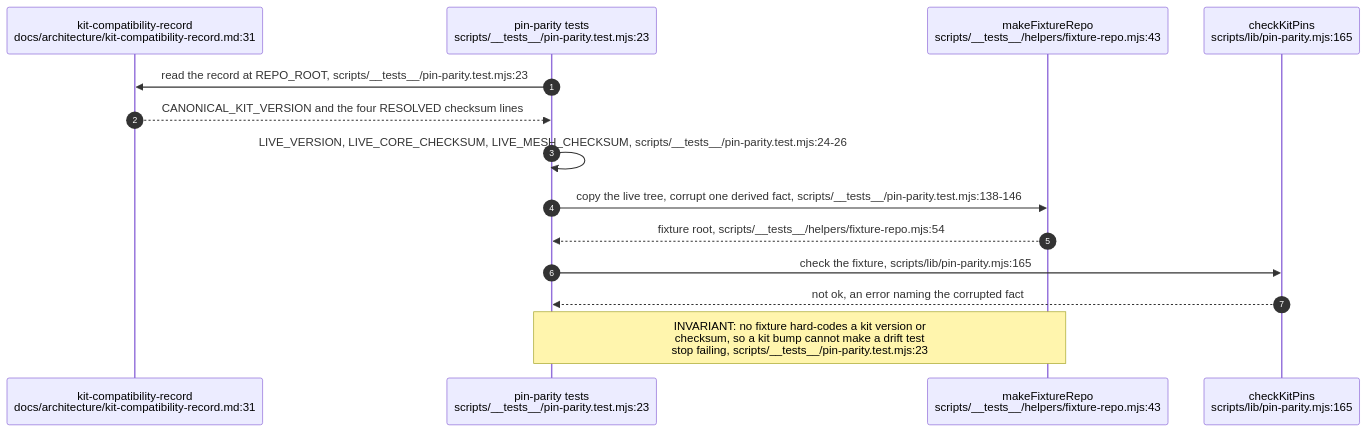
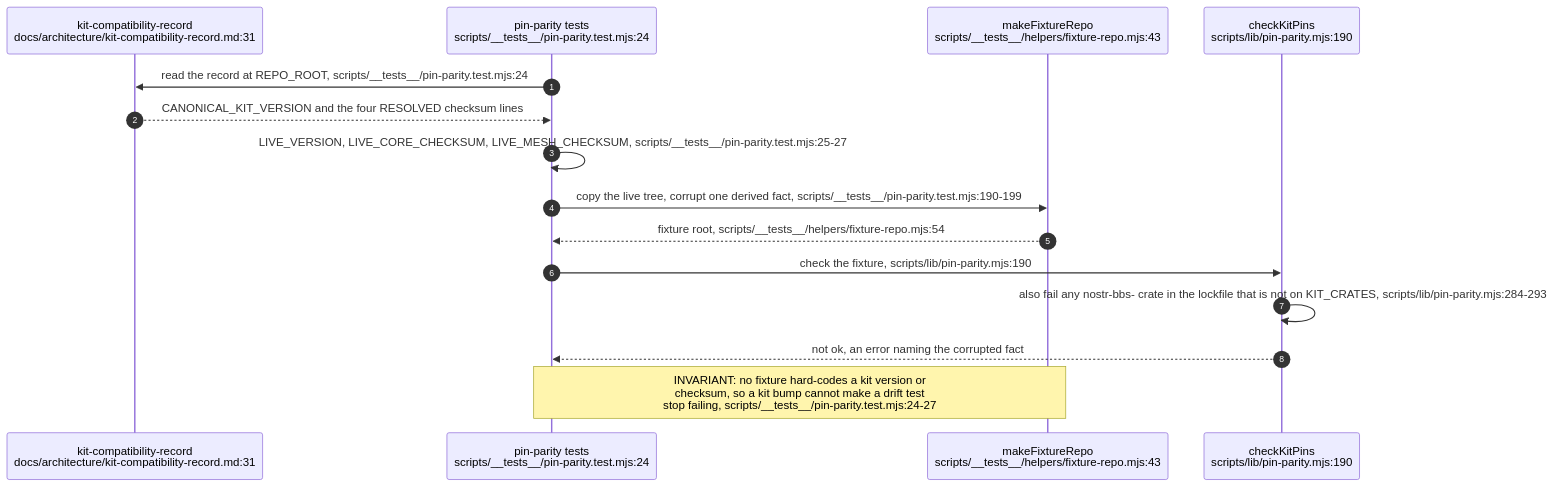
Before and after one commit to DreamLab-AI/VisionFlow: the fifth of 5 diagrams in docs/diagrams/dreamlab-ai-website/05-ci-gates-rust-ci-kit-pin-playwright.md, drawn with Mermaid. The commit also changed other lines of this file and 145 other files, not shown here.

````diff
--- a/docs/diagrams/dreamlab-ai-website/05-ci-gates-rust-ci-kit-pin-playwright.md
+++ b/docs/diagrams/dreamlab-ai-website/05-ci-gates-rust-ci-kit-pin-playwright.md
@@ -102,16 +102,17 @@
 ```mermaid
 sequenceDiagram
     autonumber
     participant REC as kit-compatibility-record<br/>docs/architecture/kit-compatibility-record.md:31
-    participant PP as pin-parity tests<br/>scripts/__tests__/pin-parity.test.mjs:23
+    participant PP as pin-parity tests<br/>scripts/__tests__/pin-parity.test.mjs:24
     participant FX as makeFixtureRepo<br/>scripts/__tests__/helpers/fixture-repo.mjs:43
-    participant CK as checkKitPins<br/>scripts/lib/pin-parity.mjs:165
-    PP->>REC: read the record at REPO_ROOT, scripts/__tests__/pin-parity.test.mjs:23
+    participant CK as checkKitPins<br/>scripts/lib/pin-parity.mjs:190
+    PP->>REC: read the record at REPO_ROOT, scripts/__tests__/pin-parity.test.mjs:24
     REC-->>PP: CANONICAL_KIT_VERSION and the four RESOLVED checksum lines
-    PP->>PP: LIVE_VERSION, LIVE_CORE_CHECKSUM, LIVE_MESH_CHECKSUM, scripts/__tests__/pin-parity.test.mjs:24-26
-    PP->>FX: copy the live tree, corrupt one derived fact, scripts/__tests__/pin-parity.test.mjs:138-146
+    PP->>PP: LIVE_VERSION, LIVE_CORE_CHECKSUM, LIVE_MESH_CHECKSUM, scripts/__tests__/pin-parity.test.mjs:25-27
+    PP->>FX: copy the live tree, corrupt one derived fact, scripts/__tests__/pin-parity.test.mjs:190-199
     FX-->>PP: fixture root, scripts/__tests__/helpers/fixture-repo.mjs:54
-    PP->>CK: check the fixture, scripts/lib/pin-parity.mjs:165
+    PP->>CK: check the fixture, scripts/lib/pin-parity.mjs:190
+    CK->>CK: also fail any nostr-bbs- crate in the lockfile that is not on KIT_CRATES, scripts/lib/pin-parity.mjs:284-293
     CK-->>PP: not ok, an error naming the corrupted fact
-    Note over PP,FX: INVARIANT: no fixture hard-codes a kit version or<br/>checksum, so a kit bump cannot make a drift test<br/>stop failing, scripts/__tests__/pin-parity.test.mjs:23
+    Note over PP,FX: INVARIANT: no fixture hard-codes a kit version or<br/>checksum, so a kit bump cannot make a drift test<br/>stop failing, scripts/__tests__/pin-parity.test.mjs:24-27
 ```
````
